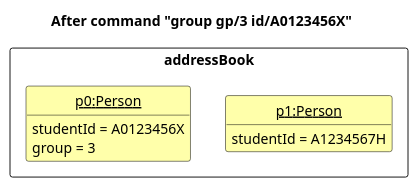
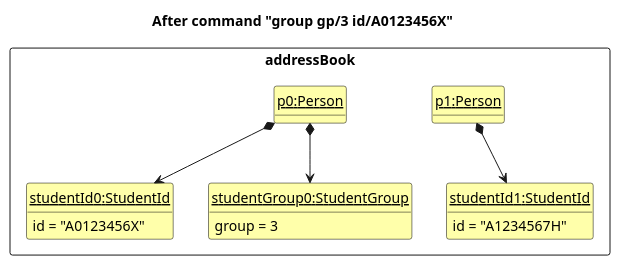
Before and after one commit to willowisp01/tp: the diagram in docs/diagrams/GroupState2.puml, drawn with PlantUML. The commit also changed 5 other files, not shown here.

Commit message:
Show studentId and Group as objects

```diff
--- a/docs/diagrams/GroupState2.puml
+++ b/docs/diagrams/GroupState2.puml
@@ -1,25 +1,40 @@
 @startuml
 'https://plantuml.com/class-diagram
 
 hide circle
 hide methods
 
 skinparam ClassFontColor #000000
 skinparam ClassBorderColor #000000
 skinparam ClassBackgroundColor #FFFFAA
 
 title After command "group gp/3 id/A0123456X"
 
 package addressBook <<rectangle>> {
+
     class State1 as "<u>p0:Person</u>" {
-        studentId = A0123456X
-        group = 3
 
     }
+
     class State2 as "<u>p1:Person</u>" {
-        studentId = A1234567H
+
+    }
+
+    class studentId0  as "<u>studentId0:StudentId</u>" {
+        id = "A0123456X"
+    }
+
+    class studentId1 as "<u>studentId1:StudentId</u>"{
+        id = "A1234567H"
+    }
+
+    class studentGroup0  as "<u>studentGroup0:StudentGroup</u>" {
+        group = 3
     }
 }
 
 State1 -[hidden]right-> State2
+State1 *-down-> studentId0
+State1 *-down-> studentGroup0
+State2 *-down-> studentId1
 @enduml
```
